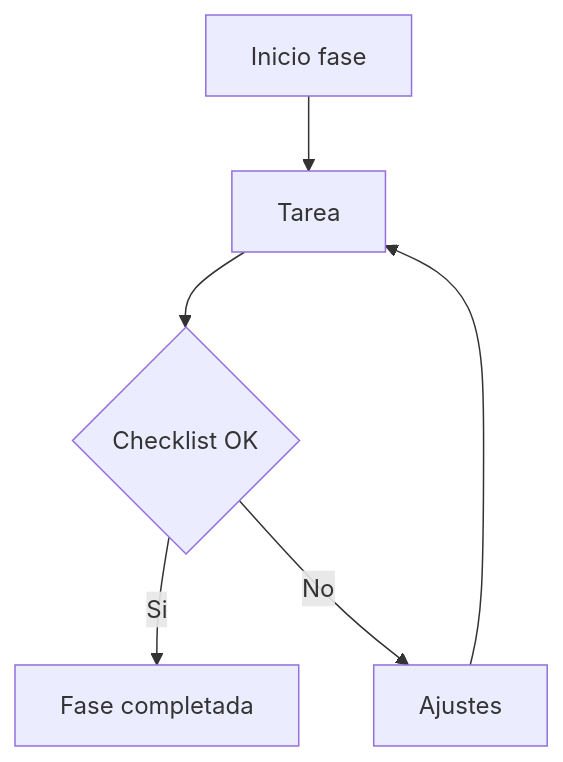
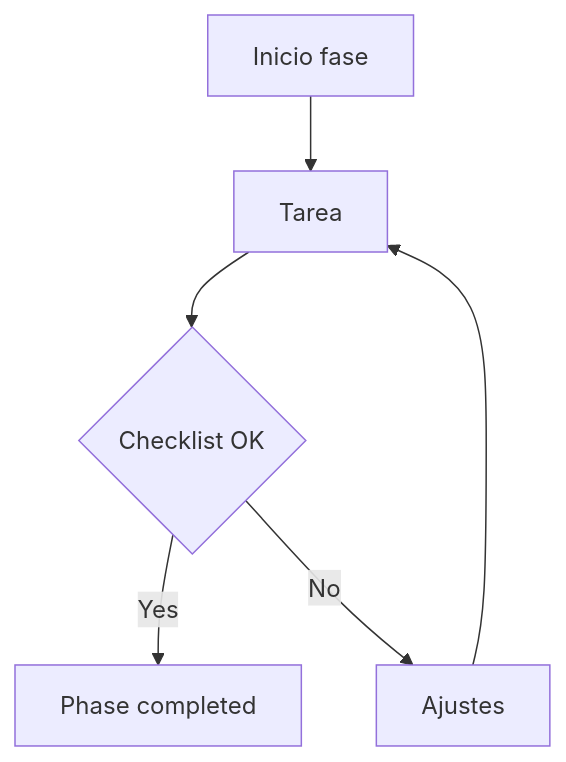
The diagram in plans/PLANTILLA_PACTO_PLAN.md (triple0-labs/pacto-spec), drawn with Mermaid before and after one commit. The commit also changed other lines of this file and 45 other files, not shown here.

````diff
--- a/plans/PLANTILLA_PACTO_PLAN.md
+++ b/plans/PLANTILLA_PACTO_PLAN.md
@@ -112,8 +112,8 @@
 ```mermaid
 flowchart TD
     A[Inicio fase] --> B[Tarea]
     B --> C{Checklist OK}
-    C -- Si --> D[Fase completada]
+    C -- Yes --> D[Phase completed]
     C -- No --> E[Ajustes]
     E --> B
 ```
````
